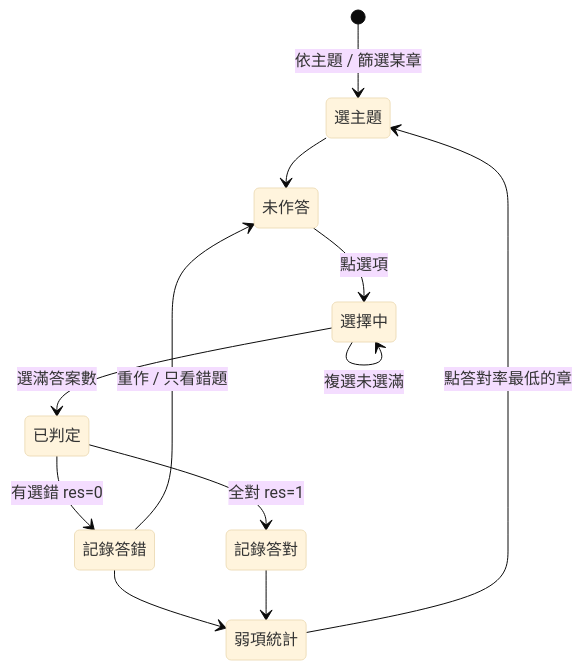
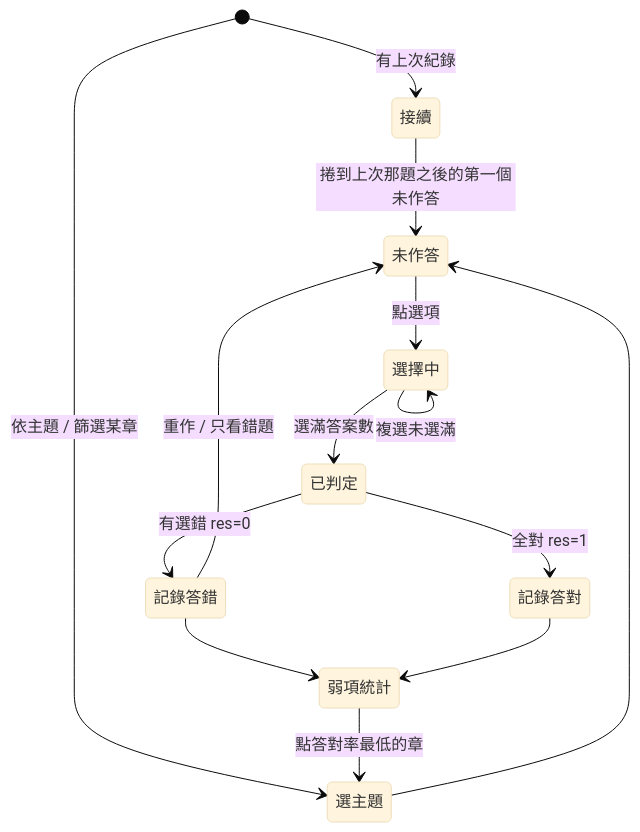
One commit to cuteman0725/aws-dea-c01-question-bank changed the third of 6 diagrams in gen_short_zh.md. Above: the diagram before and after it, drawn with Mermaid (base theme). The commit also changed other lines of this file and 3 other files, not shown here.

````diff
--- a/gen_short_zh.md
+++ b/gen_short_zh.md
@@ -78,14 +78,16 @@
 ```mermaid
 stateDiagram-v2
+    [*] --> 接續 : 有上次紀錄
+    接續 --> 未作答 : 捲到上次那題之後的第一個未作答
     [*] --> 選主題 : 依主題 / 篩選某章
     選主題 --> 未作答
     未作答 --> 選擇中 : 點選項
     選擇中 --> 選擇中 : 複選未選滿
     選擇中 --> 已判定 : 選滿答案數
     已判定 --> 記錄答錯 : 有選錯 res=0
     已判定 --> 記錄答對 : 全對 res=1
     記錄答錯 --> 弱項統計
     記錄答對 --> 弱項統計
     弱項統計 --> 選主題 : 點答對率最低的章
     記錄答錯 --> 未作答 : 重作 / 只看錯題
 ```
````
